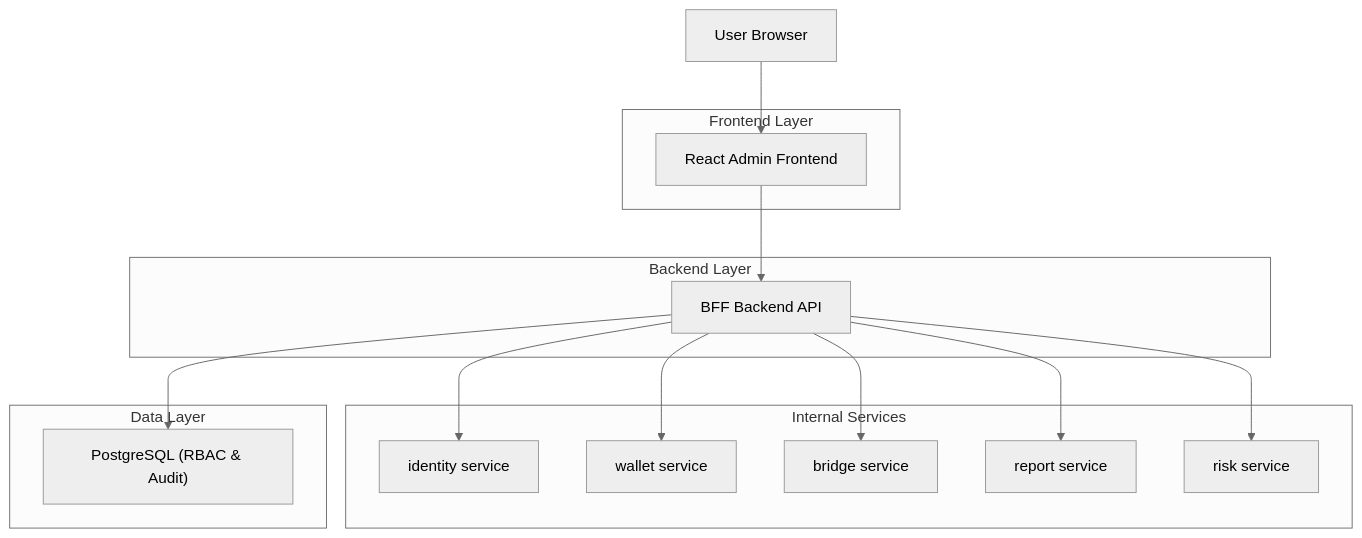
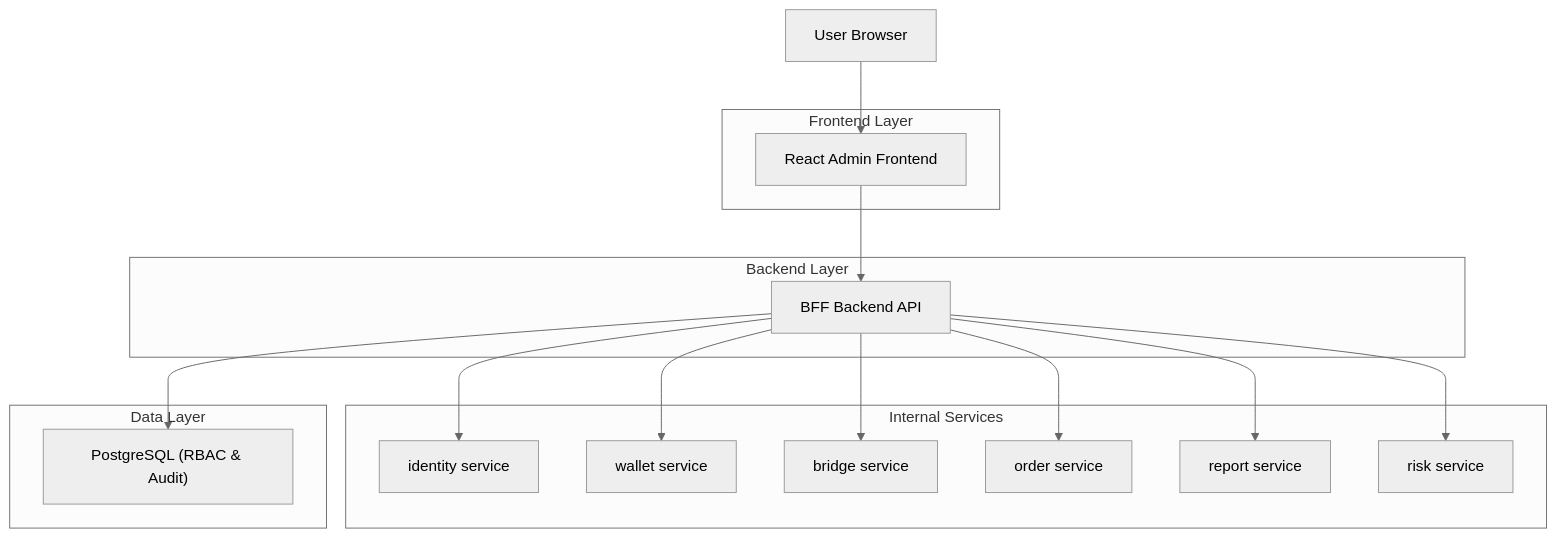
The first of 2 diagrams in .trae/documents/admin-backoffice-technical-architecture.md (suchenyang0910-glitch/rainbowpaw), drawn with Mermaid (neutral theme) before and after one commit. The commit also changed other lines of this file and 45 other files, not shown here.

````diff
--- a/.trae/documents/admin-backoffice-technical-architecture.md
+++ b/.trae/documents/admin-backoffice-technical-architecture.md
@@ -2,28 +2,30 @@
 ```mermaid
 graph TD
   U["User Browser"] --> F["React Admin Frontend"]
   F --> B["BFF Backend API"]
   B --> ID["identity service"]
   B --> WA["wallet service"]
   B --> BR["bridge service"]
+  B --> OR["order service"]
   B --> RE["report service"]
   B --> RI["risk service"]
   B --> DB["PostgreSQL (RBAC & Audit)"]
 
   subgraph "Frontend Layer"
     F
   end
   subgraph "Backend Layer"
     B
   end
   subgraph "Internal Services"
     ID
     WA
     BR
+    OR
     RE
     RI
   end
   subgraph "Data Layer"
     DB
   end
 ```
````
